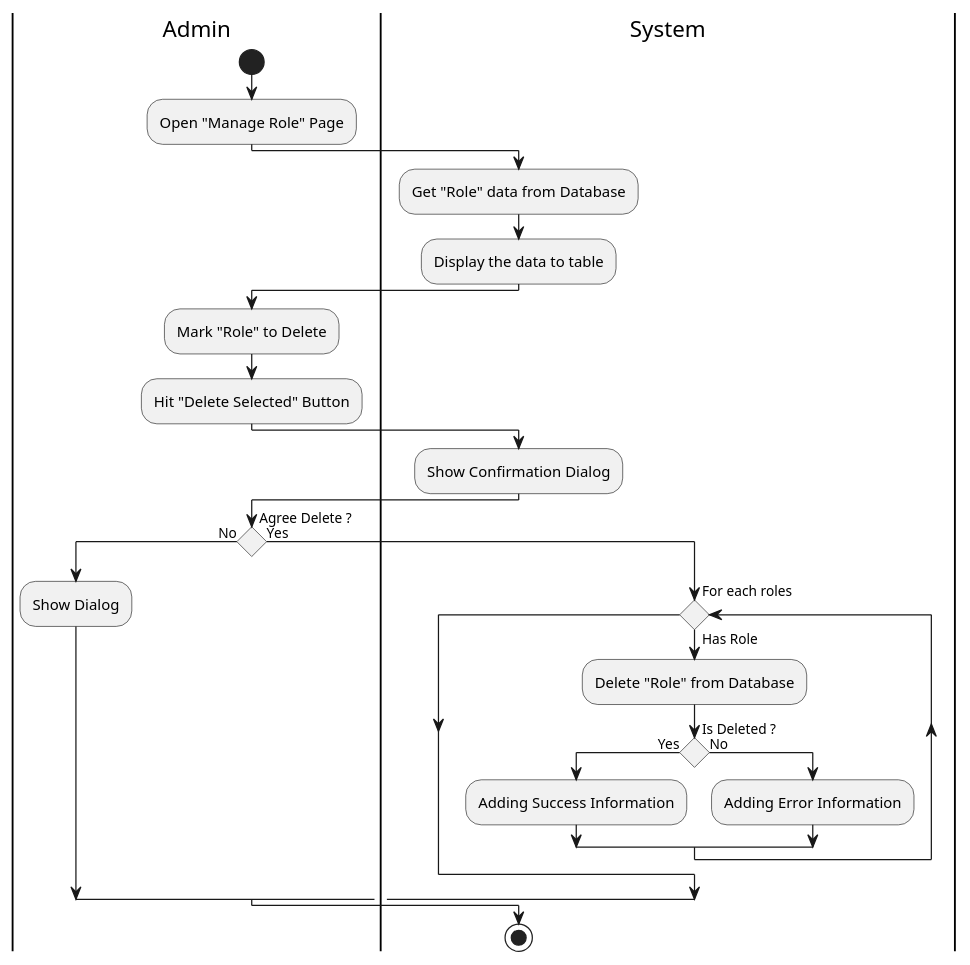
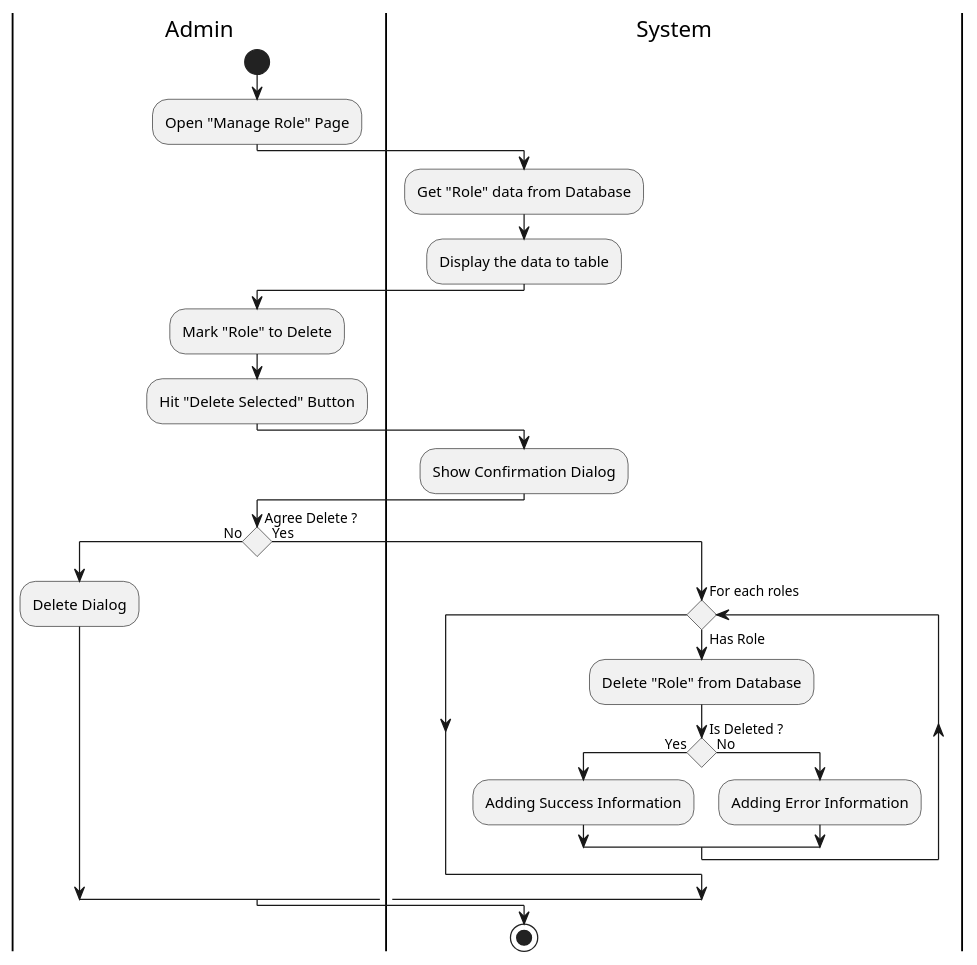
Before and after one commit to fwidjaya20/fazzlearning-uml: the diagram in Activity/Release01/DeleteRole.wsd, drawn with PlantUML. The commit also changed 6 other files, not shown here.

Commit message:
fix(diagram): fix invalid wording

```diff
--- a/Activity/Release01/DeleteRole.wsd
+++ b/Activity/Release01/DeleteRole.wsd
@@ -1,40 +1,40 @@
 @startuml DeleteRole
 
 skinparam ConditionEndStyle hline
 skinparam conditionStyle diamond
 skinparam Monochrome true
 skinparam Shadowing false
 
 |Admin|
 start
 :Open "Manage Role" Page;
 
 |System|
 :Get "Role" data from Database;
 :Display the data to table;
 
 |Admin|
 :Mark "Role" to Delete;
 :Hit "Delete Selected" Button;
 
 |System|
 :Show Confirmation Dialog;
 
 |Admin|
 if (Agree Delete ?) then (No)
-    :Show Dialog;
+    :Delete Dialog;
 else (Yes)
     |System|
     while(For each roles) is (Has Role)
         :Delete "Role" from Database;
         |System|
         if (Is Deleted ?) then (Yes)
             :Adding Success Information;
         else (No)
             :Adding Error Information;
         endif
     endwhile
 endif
 stop
 
 @enduml
```
